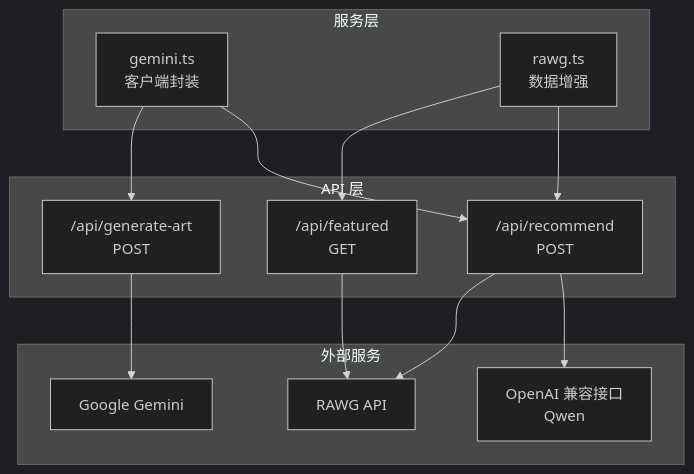
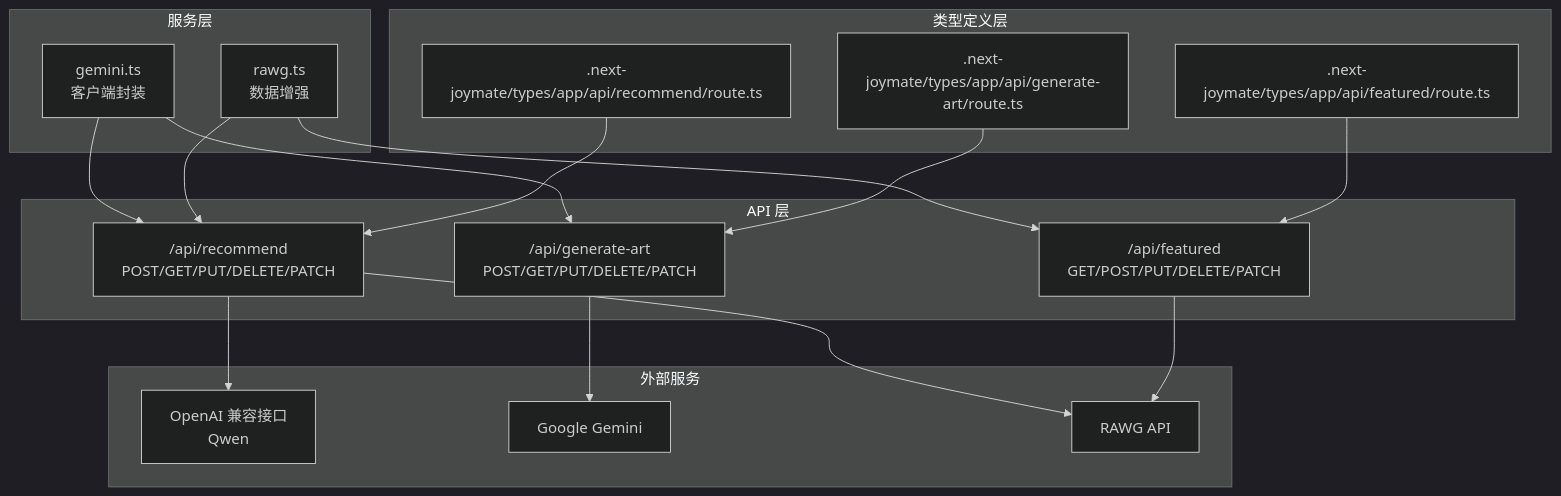
One commit to Jason-6300/JoyMate changed the first of 4 diagrams in .qoder/repowiki/zh/content/API服务/API服务.md. Above: the diagram before and after it, drawn with Mermaid (dark theme). The commit also changed other lines of this file and 7 other files, not shown here.

````diff
--- a/.qoder/repowiki/zh/content/API服务/API服务.md
+++ b/.qoder/repowiki/zh/content/API服务/API服务.md
@@ -37,25 +49,33 @@
 ```mermaid
 graph TB
 subgraph "API 层"
-R["/api/recommend<br/>POST"]
-F["/api/featured<br/>GET"]
-G["/api/generate-art<br/>POST"]
+R["/api/recommend<br/>POST/GET/PUT/DELETE/PATCH"]
+F["/api/featured<br/>GET/POST/PUT/DELETE/PATCH"]
+G["/api/generate-art<br/>POST/GET/PUT/DELETE/PATCH"]
+end
+subgraph "类型定义层"
+TR[".next-joymate/types/app/api/recommend/route.ts"]
+TF[".next-joymate/types/app/api/featured/route.ts"]
+TG[".next-joymate/types/app/api/generate-art/route.ts"]
 end
 subgraph "服务层"
 S1["gemini.ts<br/>客户端封装"]
 S2["rawg.ts<br/>数据增强"]
 end
 subgraph "外部服务"
 OAI["OpenAI 兼容接口<br/>Qwen"]
 GMI["Google Gemini"]
 RAWG["RAWG API"]
 end
 R --> OAI
 G --> GMI
 R --> RAWG
 F --> RAWG
 S1 --> R
 S1 --> G
 S2 --> R
 S2 --> F
+TR --> R
+TF --> F
+TG --> G
 ```
````
